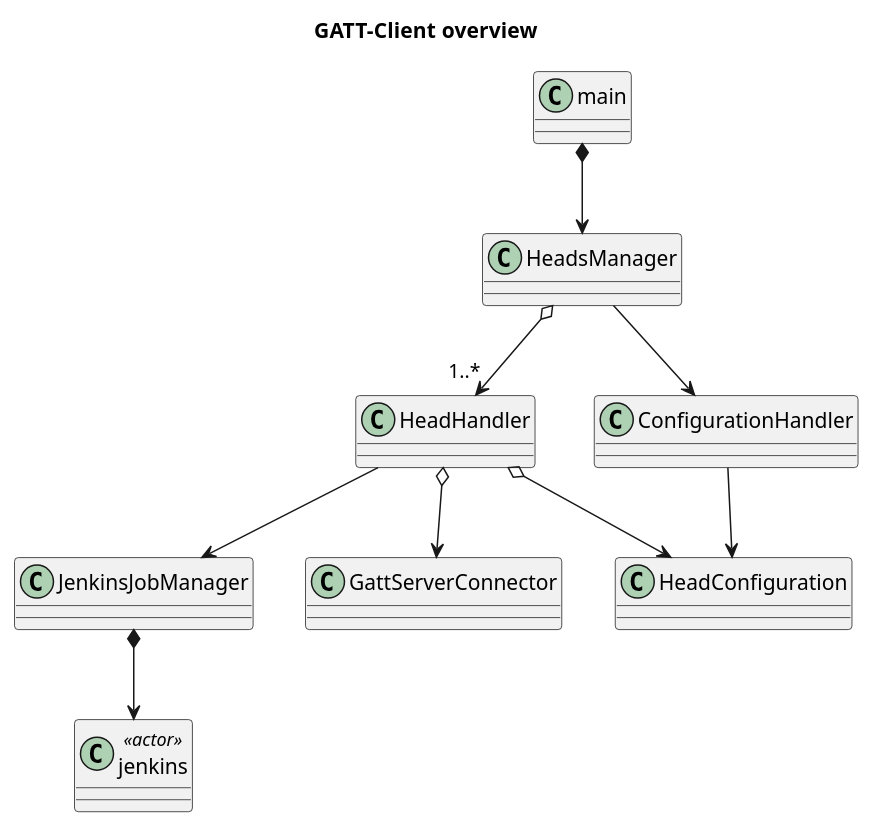
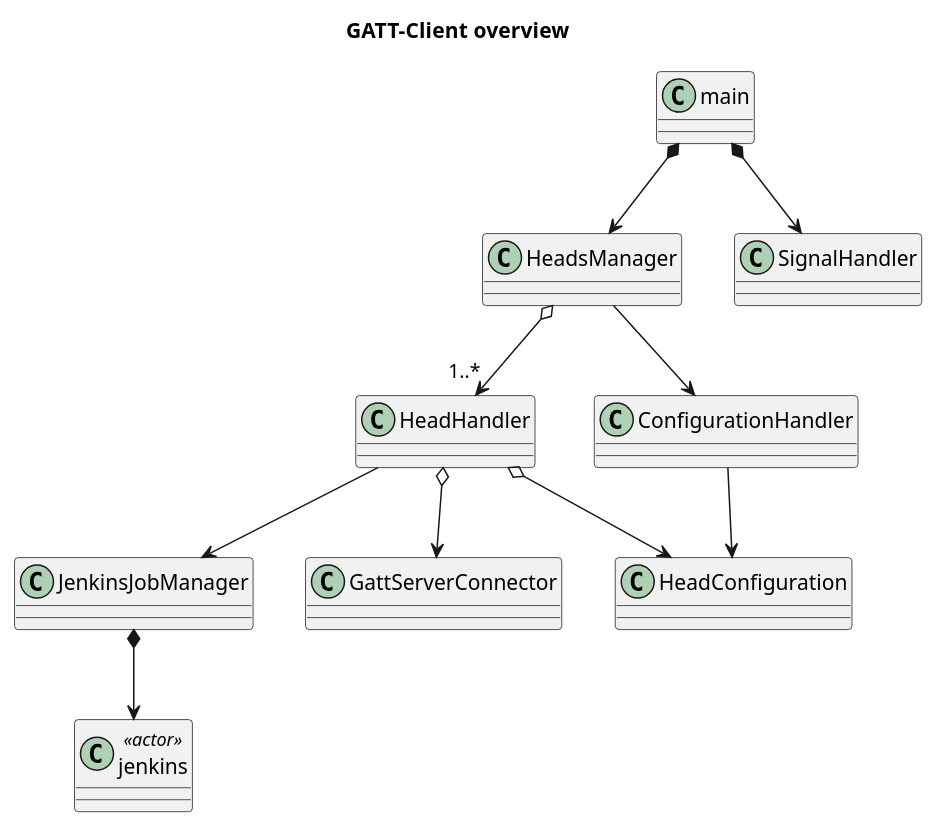
Before and after one commit to EugenWiens/jenkins-head: the diagram in BLE-GATT-Client/doc/diagrams/src/ClassDiagramOverview.wsd, drawn with PlantUML. The commit also changed 2 other files, not shown here.

Commit message:
added SignalHandler to catch SIGTERM

```diff
--- a/BLE-GATT-Client/doc/diagrams/src/ClassDiagramOverview.wsd
+++ b/BLE-GATT-Client/doc/diagrams/src/ClassDiagramOverview.wsd
@@ -1,17 +1,18 @@
 @startuml "GATT-Client_overview"
 skinparam classAttributeIconSize 0
 title GATT-Client overview
 
 class jenkins <<actor>>
 
 HeadHandler --> JenkinsJobManager
 HeadHandler o--> HeadConfiguration
 HeadHandler o--> GattServerConnector
 JenkinsJobManager *--> jenkins
 HeadsManager o--> "1..*" HeadHandler
 
 main *--> HeadsManager
+main *--> SignalHandler
 HeadsManager --> ConfigurationHandler
 ConfigurationHandler --> HeadConfiguration
 
 @enduml
```
